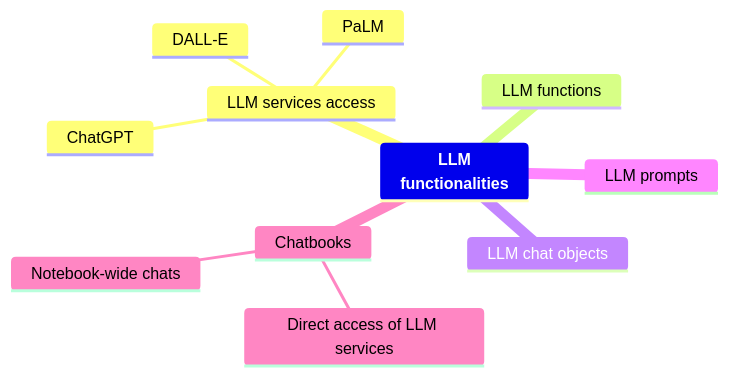
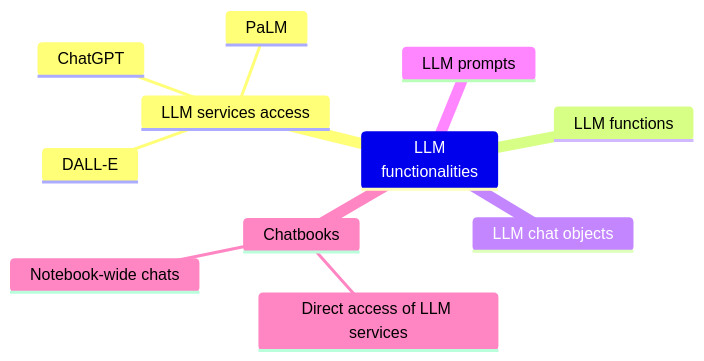
The first of 2 diagrams in Articles/Reprogramming-to-Python-of-LLM-and-Chatbook-packages.md (antononcube/RakuForPrediction-book), drawn with Mermaid before and after one commit.

Commit message:
docs:Mermaid-JS mind-map tweaking.

````diff
--- a/Articles/Reprogramming-to-Python-of-LLM-and-Chatbook-packages.md
+++ b/Articles/Reprogramming-to-Python-of-LLM-and-Chatbook-packages.md
@@ -61,18 +61,18 @@
 ```mermaid
 mindmap
-    **LLM<br/>functionalities**
+    LLM<br/>functionalities
         LLM services access
             ChatGPT
             DALL-E
             PaLM
 
         LLM functions
 
         LLM chat objects
 
         LLM prompts
 
         Chatbooks
             Direct access of LLM services
             Notebook-wide chats
 ```
````
